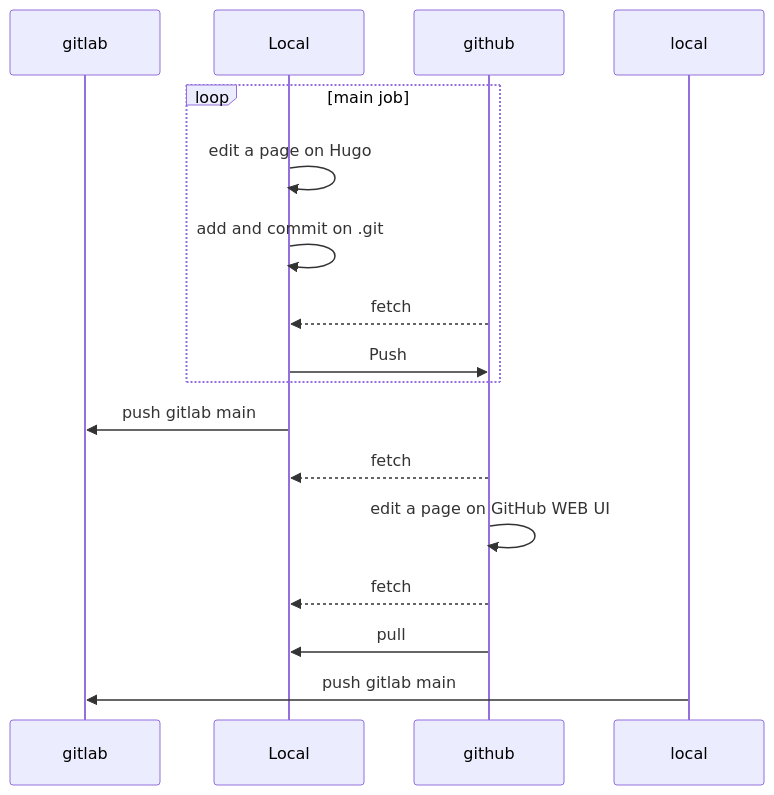
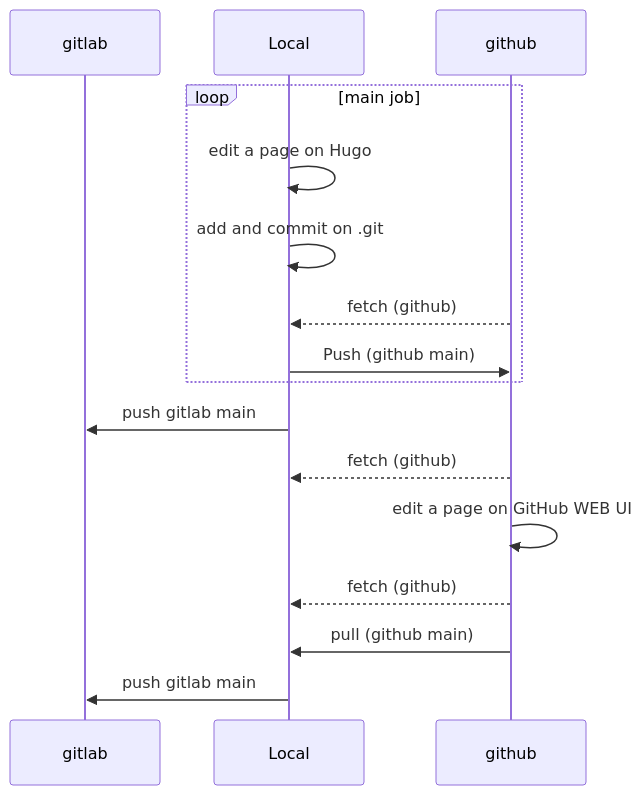
Before and after one commit to smjune/smjune.github.io: the fifth of 5 diagrams in readme.md, drawn with Mermaid.

Commit message:
correc typo local on diagram

````diff
--- a/readme.md
+++ b/readme.md
@@ -65,20 +65,20 @@
 ```mermaid
 sequenceDiagram
     participant gitlab
     participant Local 
     participant github
     links gitlab: {"pages": "https://smjune.gitlab.io/"}
     links github: {"Pages": "https:/smjjune.github.io/"}
     loop main job
         Local->>Local: edit a page on Hugo
         Local->>Local: add and commit on .git
-        github-->>Local: fetch
-        Local->>github: Push 
+        github-->>Local: fetch (github)
+        Local->>github: Push (github main)
     end
     Local->>gitlab: push gitlab main
-    github-->>Local: fetch
+    github-->>Local: fetch (github)
     github->>github: edit a page on GitHub WEB UI
-    github-->>Local: fetch
-    github->>Local: pull
-    local->>gitlab: push gitlab main
+    github-->>Local: fetch (github)
+    github->>Local: pull (github main)
+    Local->>gitlab: push gitlab main
 ```
````
